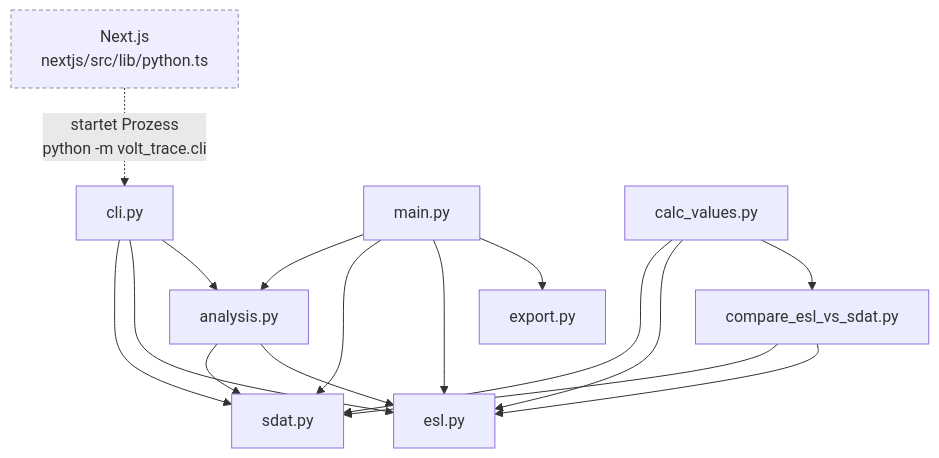
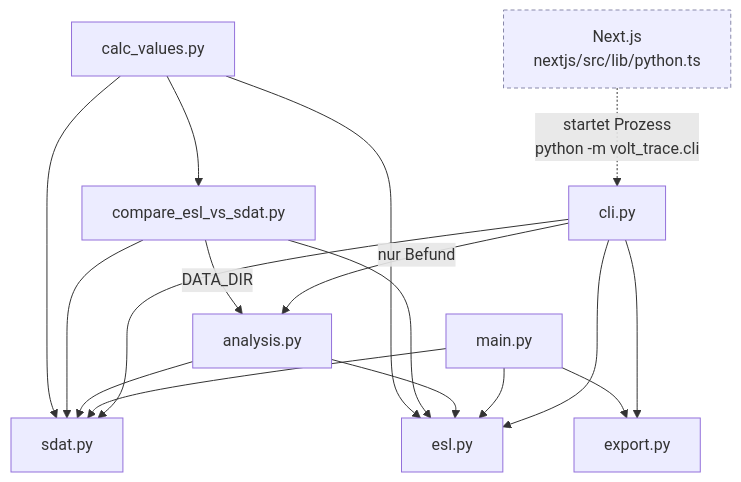
Before and after one commit to im24b-seminaral/volt-trace: the second of 13 diagrams in PYTHON.md, drawn with Mermaid. The commit also changed other lines of this file and 2 other files, not shown here.

````diff
--- a/PYTHON.md
+++ b/PYTHON.md
@@ -127,30 +127,31 @@
 ```mermaid
 flowchart TD
     NEXT["Next.js<br/>nextjs/src/lib/python.ts"]:::extern
     CLI["cli.py"]
     MAIN["main.py"]
     CALC["calc_values.py"]
     CMP["compare_esl_vs_sdat.py"]
     ANA["analysis.py"]
     SDAT["sdat.py"]
     ESL["esl.py"]
     EXP["export.py"]
 
     NEXT -.->|"startet Prozess<br/>python -m volt_trace.cli"| CLI
     CLI --> SDAT
     CLI --> ESL
-    CLI --> ANA
-    MAIN --> ANA
+    CLI --> EXP
+    CLI -->|"nur Befund"| ANA
     MAIN --> SDAT
     MAIN --> ESL
     MAIN --> EXP
     ANA --> SDAT
     ANA --> ESL
     CMP --> SDAT
     CMP --> ESL
+    CMP -->|"DATA_DIR"| ANA
     CALC --> SDAT
     CALC --> ESL
     CALC --> CMP
 
     classDef extern fill:#eef,stroke:#88a,stroke-dasharray: 4 3
 ```
````
